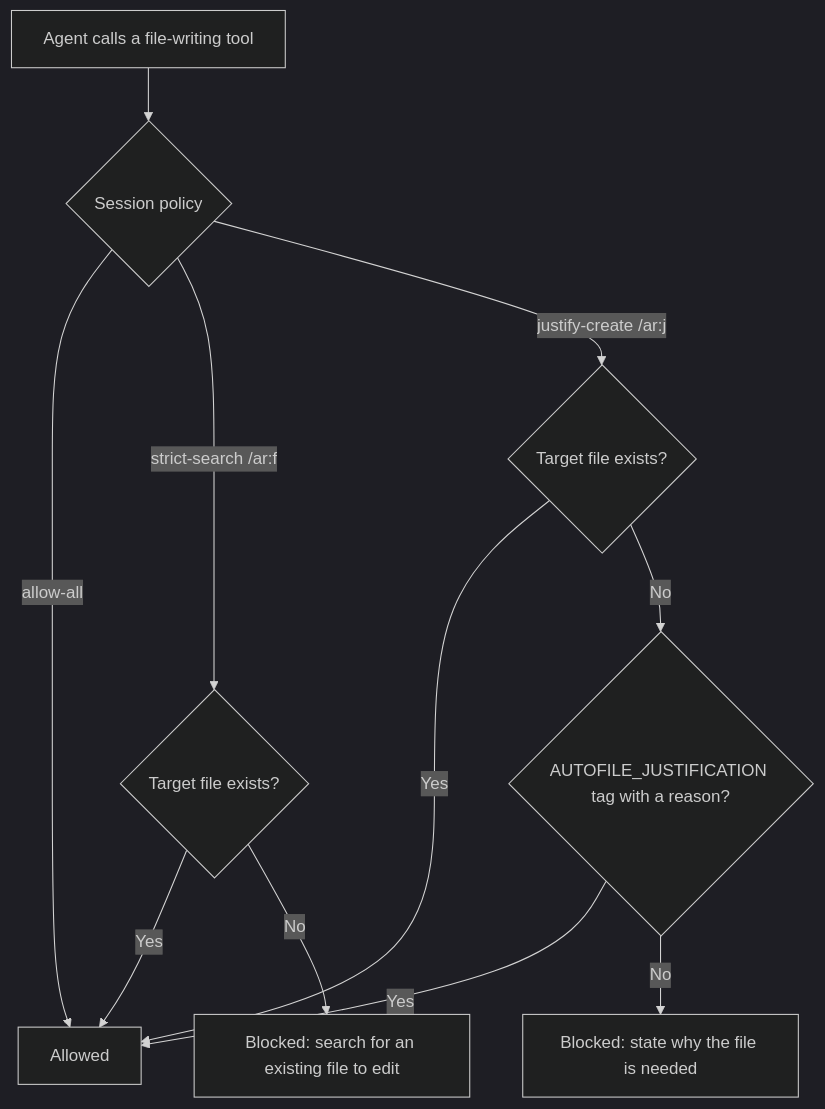
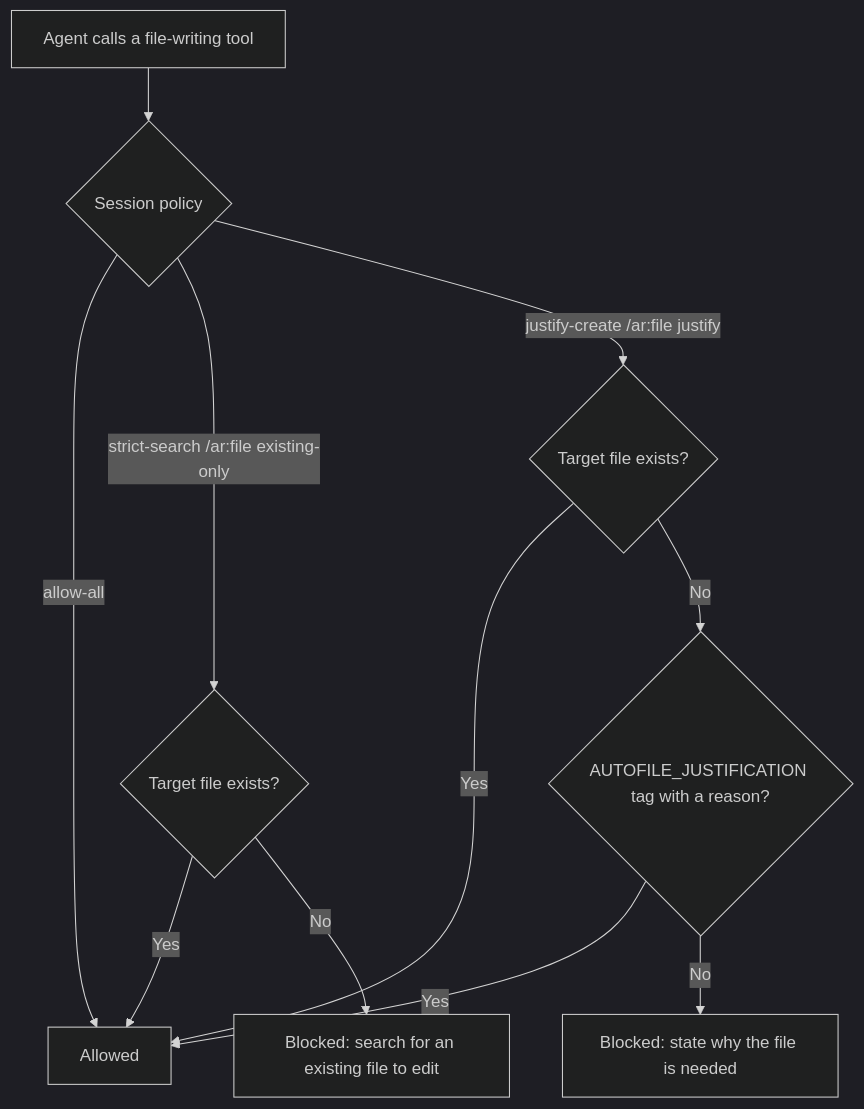
One commit to ahundt/autorun changed the diagram in docs/diagrams/autofile-policy.mmd. Above: the diagram before and after it, drawn with Mermaid (dark theme). The commit also changed 15 other files, not shown here.

```diff
--- a/docs/diagrams/autofile-policy.mmd
+++ b/docs/diagrams/autofile-policy.mmd
@@ -1,12 +1,12 @@
 %% Regenerate SVG: npx @mermaid-js/mermaid-cli mmdc -i docs/diagrams/autofile-policy.mmd -o docs/diagrams/autofile-policy.svg
 graph TD
     A[Agent calls a file-writing tool] --> B{Session policy}
     B -->|allow-all| OK[Allowed]
-    B -->|strict-search /ar:f| E1{Target file exists?}
-    B -->|justify-create /ar:j| E2{Target file exists?}
+    B -->|strict-search /ar:file existing-only| E1{Target file exists?}
+    B -->|justify-create /ar:file justify| E2{Target file exists?}
     E1 -->|Yes| OK
     E1 -->|No| X1[Blocked: search for an existing file to edit]
     E2 -->|Yes| OK
     E2 -->|No| J{AUTOFILE_JUSTIFICATION tag with a reason?}
     J -->|Yes| OK
     J -->|No| X2[Blocked: state why the file is needed]
```
